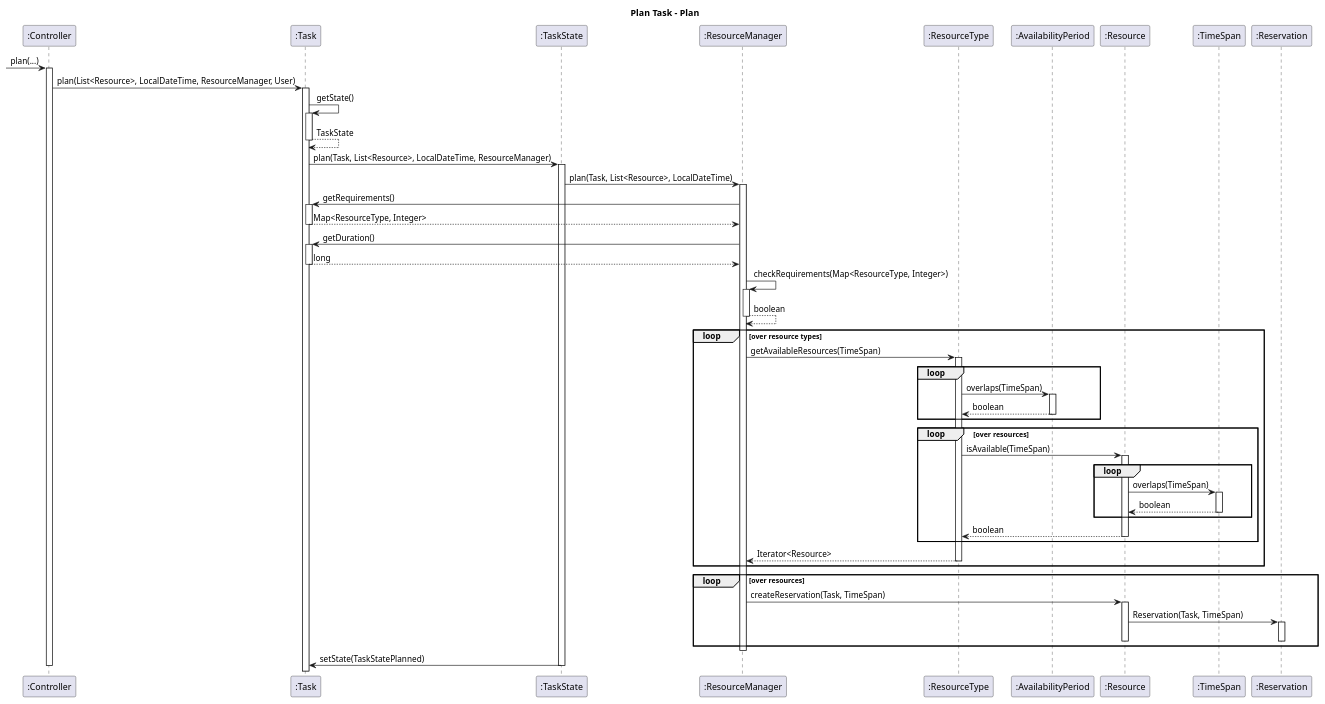
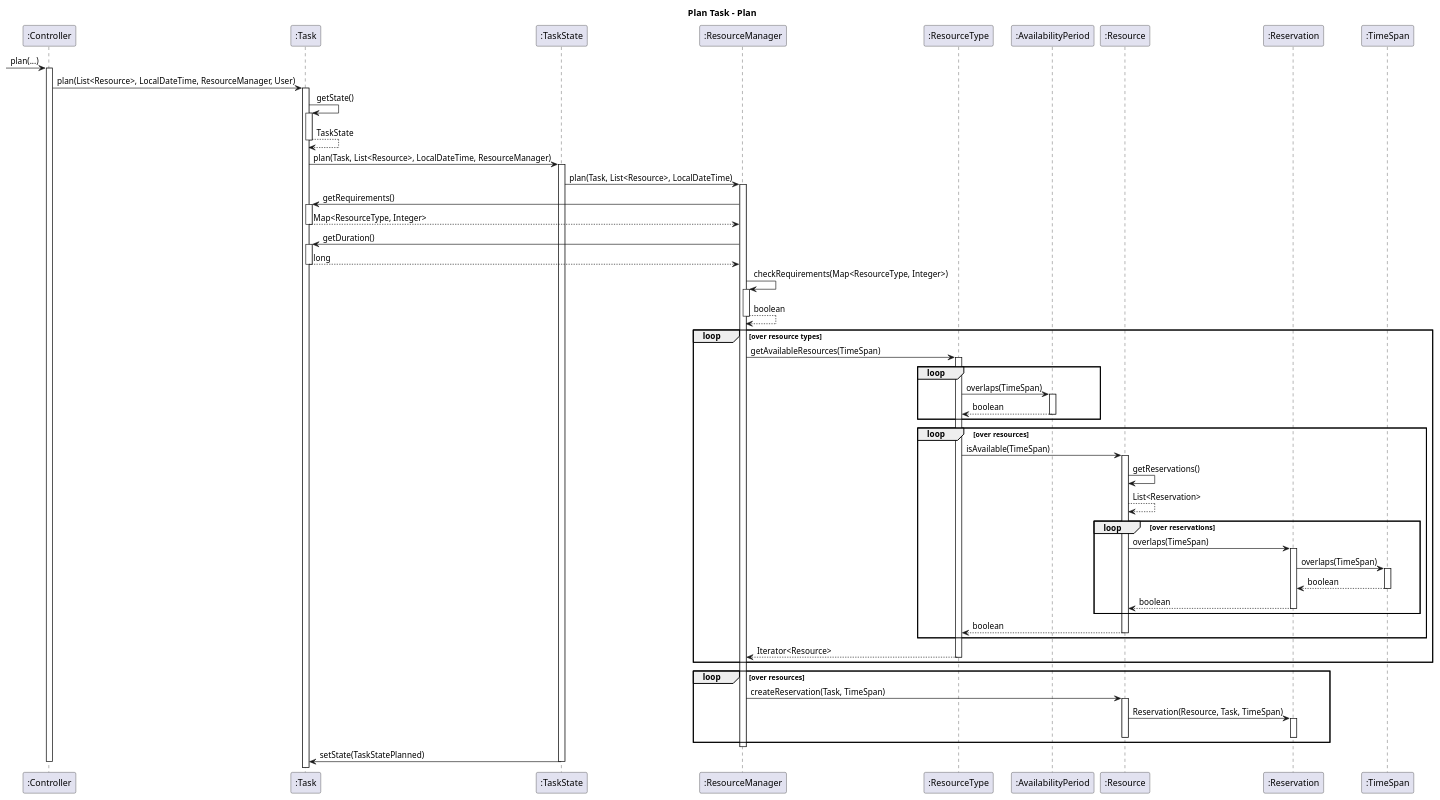
Before and after one commit to julienbenaouda/projectJJA: the diagram in diagrams/sequence_diagrams/4. Plan Task - Plan.plantuml, drawn with PlantUML. The commit also changed 3 other files, not shown here.

Commit message:
update sequence diagrams

```diff
--- a/diagrams/sequence_diagrams/4. Plan Task - Plan.plantuml
+++ b/diagrams/sequence_diagrams/4. Plan Task - Plan.plantuml
@@ -1,95 +1,106 @@
 @startuml
 
 title "Plan Task - Plan"
 
 -> ":Controller": plan(...)
 activate ":Controller"
 
 ":Controller" -> ":Task": plan(List<Resource>, LocalDateTime, ResourceManager, User)
 activate ":Task"
 
 ":Task" -> ":Task": getState()
 activate ":Task"
 
 ":Task" --> ":Task": TaskState
 deactivate ":Task"
 
 ":Task" -> ":TaskState": plan(Task, List<Resource>, LocalDateTime, ResourceManager)
 activate ":TaskState"
 
 ":TaskState" -> ":ResourceManager": plan(Task, List<Resource>, LocalDateTime)
 activate ":ResourceManager"
 
 ":ResourceManager" -> ":Task": getRequirements()
 activate ":Task"
 ":Task" --> ":ResourceManager": Map<ResourceType, Integer>
 deactivate ":Task"
 
 ":ResourceManager" -> ":Task": getDuration()
 activate ":Task"
 ":Task" --> ":ResourceManager": long
 deactivate ":Task"
 
 ":ResourceManager" -> ":ResourceManager": checkRequirements(Map<ResourceType, Integer>)
 activate ":ResourceManager"
 
 ":ResourceManager" --> ":ResourceManager": boolean
 deactivate ":ResourceManager"
 
 loop over resource types
 
 ":ResourceManager" -> ":ResourceType": getAvailableResources(TimeSpan)
 activate ":ResourceType"
 
 loop
     ":ResourceType" -> ":AvailabilityPeriod": overlaps(TimeSpan)
     activate ":AvailabilityPeriod"
 
     ":AvailabilityPeriod" --> ":ResourceType": boolean
     deactivate ":AvailabilityPeriod"
 end
 
 loop over resources
 
     ":ResourceType" -> ":Resource": isAvailable(TimeSpan)
     activate ":Resource"
 
-    loop
-        ":Resource" -> ":TimeSpan": overlaps(TimeSpan)
+    ":Resource" -> ":Resource": getReservations()
+    ":Resource" --> ":Resource": List<Reservation>
+    
+    
+    loop over reservations
+    
+        ":Resource" -> ":Reservation": overlaps(TimeSpan)
+        activate ":Reservation"
+        
+        ":Reservation" -> ":TimeSpan": overlaps(TimeSpan)
         activate ":TimeSpan"
 
-        ":TimeSpan" --> ":Resource": boolean
+        ":TimeSpan" --> ":Reservation": boolean
         deactivate ":TimeSpan"
+        
+        ":Reservation"--> ":Resource": boolean
+        deactivate ":Reservation"
     end
 
     ":Resource" --> ":ResourceType": boolean
     deactivate ":Resource"
 
 end
 
 ":ResourceType" --> ":ResourceManager": Iterator<Resource>
 deactivate ":ResourceType"
 
 end
 
 loop over resources
 
 ":ResourceManager" -> ":Resource": createReservation(Task, TimeSpan)
 activate ":Resource"
 
-":Resource" -> ":Reservation": Reservation(Task, TimeSpan)
+":Resource" -> ":Reservation": Reservation(Resource, Task, TimeSpan)
 activate ":Reservation"
 deactivate ":Reservation"
 
 deactivate ":Resource"
 
 end
 
 deactivate ":ResourceManager"
 
 ":TaskState" -> ":Task": setState(TaskStatePlanned)
 deactivate ":TaskState"
 
 deactivate ":Controller"
 
 @enduml
```
